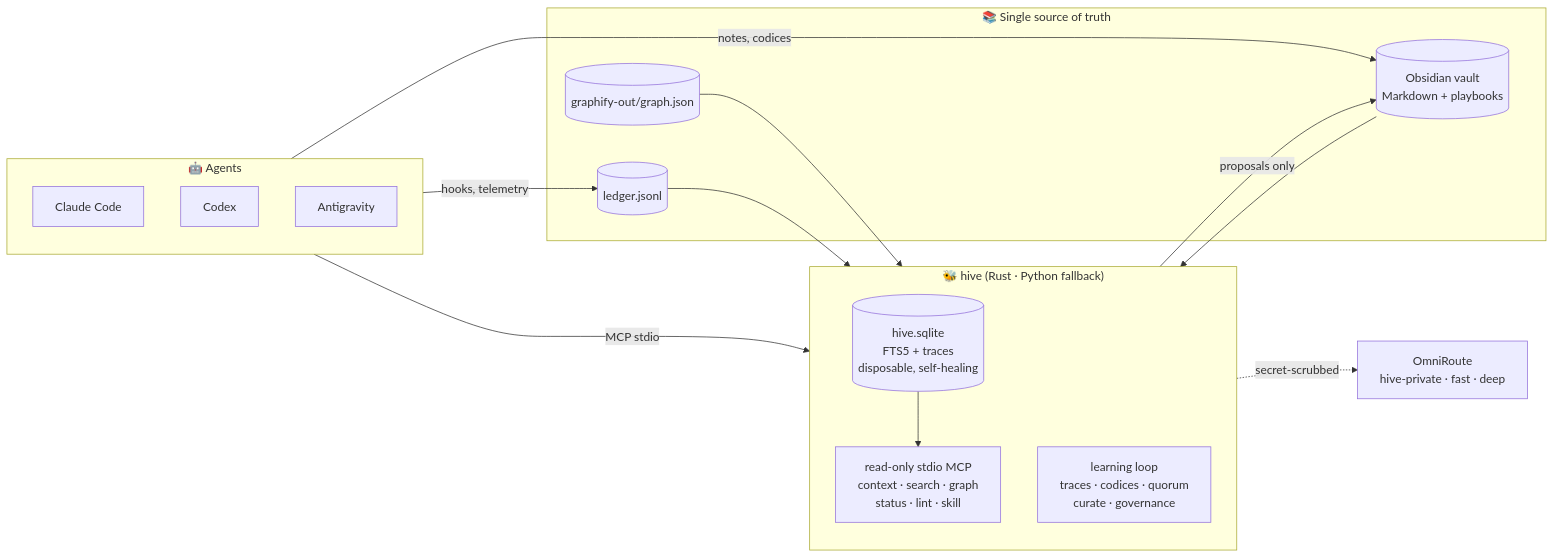
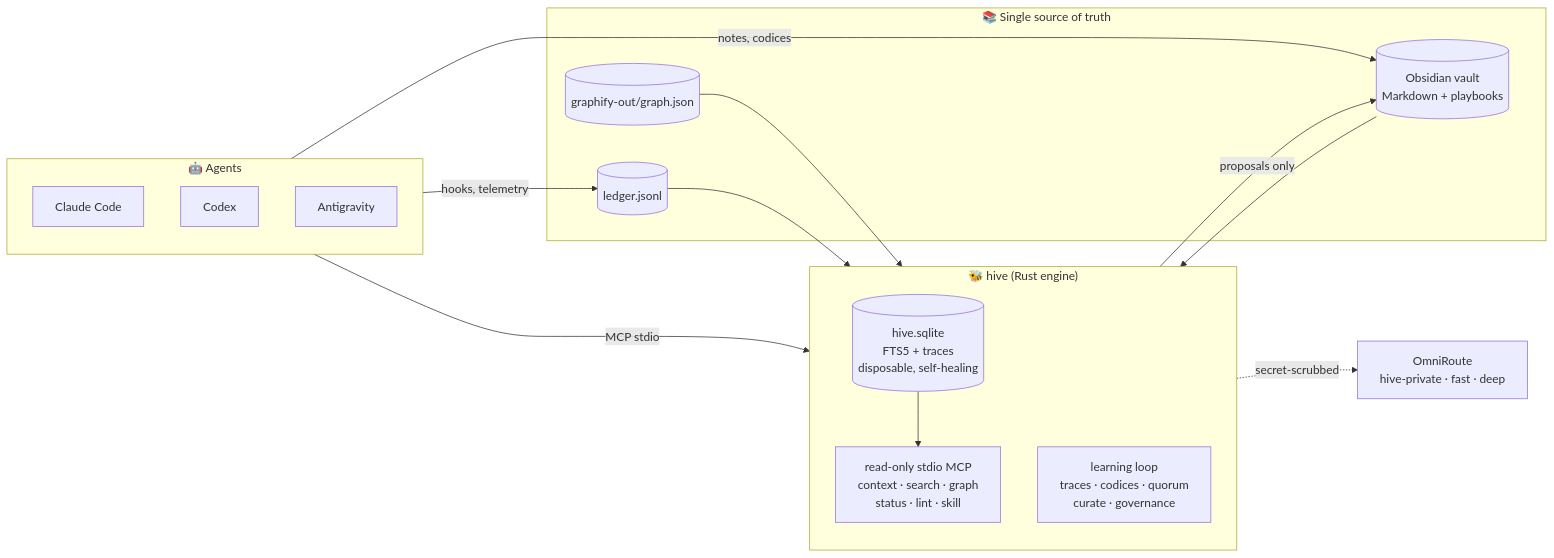
Before and after one commit to 4LPH7/Ai-hive: the second of 2 diagrams in README.md, drawn with Mermaid. The commit also changed other lines of this file and 4 other files, not shown here.

Commit message:
docs: describe the Rust engine; Python files are launchers

````diff
--- a/README.md
+++ b/README.md
@@ -104,32 +104,32 @@
 ```mermaid
 flowchart LR
     subgraph Agents["🤖 Agents"]
         CC["Claude Code"]
         CX["Codex"]
         AG["Antigravity"]
     end
 
-    subgraph Hive["🐝 hive (Rust · Python fallback)"]
+    subgraph Hive["🐝 hive (Rust engine)"]
         direction TB
         MCP["read-only stdio MCP<br/>context · search · graph<br/>status · lint · skill"]
         LOOP["learning loop<br/>traces · codices · quorum<br/>curate · governance"]
         IDX[("hive.sqlite<br/>FTS5 + traces<br/>disposable, self-healing")]
     end
 
     subgraph Truth["📚 Single source of truth"]
         V[("Obsidian vault<br/>Markdown + playbooks")]
         GJ[("graphify-out/graph.json")]
         LD[("ledger.jsonl")]
     end
 
     LLM["OmniRoute<br/>hive-private · fast · deep"]
 
     Agents -- "MCP stdio" --> MCP
     Agents -- "notes, codices" --> V
     Agents -- "hooks, telemetry" --> LD
     V --> IDX --> MCP
     GJ --> MCP
     LD --> LOOP
     LOOP -- "proposals only" --> V
     LOOP -. "secret-scrubbed" .-> LLM
 ```
````
